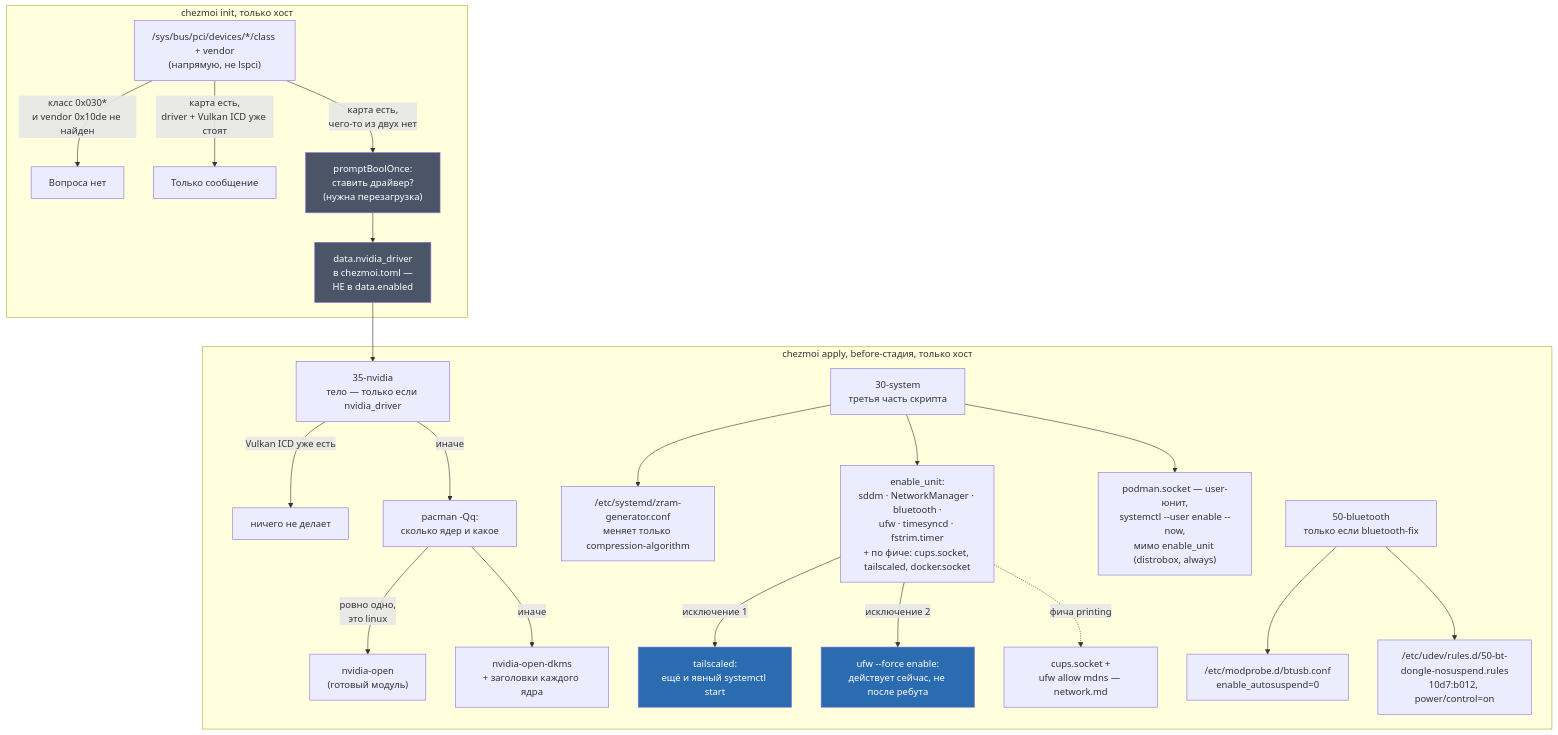
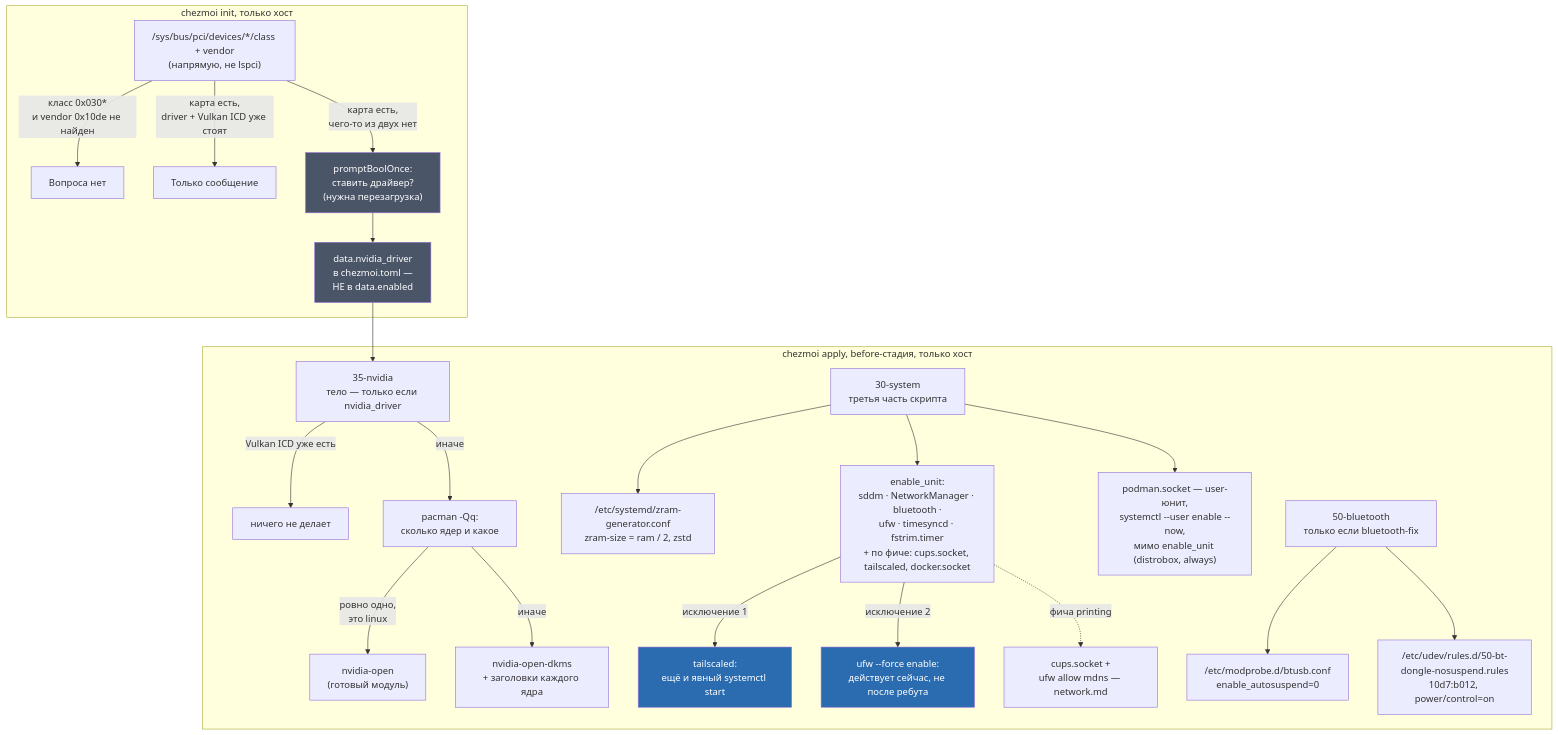
Before and after one commit to stpntkhnv/dotfiles: the diagram in docs/hardware.md, drawn with Mermaid. The commit also changed other lines of this file and 1 other file, not shown here.

Commit message:
zram поднят до ram/2: дефолтных 4 ГиБ дважды не хватило под рабочую нагрузку

````diff
--- a/docs/hardware.md
+++ b/docs/hardware.md
@@ -40,33 +40,33 @@
 ```mermaid
 flowchart TD
     subgraph INIT["chezmoi init, только хост"]
         PCI["/sys/bus/pci/devices/*/class + vendor<br/>(напрямую, не lspci)"]
         PCI -->|"класс 0x030*<br/>и vendor 0x10de не найден"| NOASK["Вопроса нет"]
         PCI -->|"карта есть,<br/>driver + Vulkan ICD уже стоят"| INFOMSG["Только сообщение"]
         PCI -->|"карта есть,<br/>чего-то из двух нет"| ASK["promptBoolOnce:<br/>ставить драйвер?<br/>(нужна перезагрузка)"]
         ASK --> TOML["data.nvidia_driver<br/>в chezmoi.toml —<br/>НЕ в data.enabled"]
     end
 
     TOML --> S35
     subgraph BEFORE["chezmoi apply, before-стадия, только хост"]
         S35["35-nvidia<br/>тело — только если nvidia_driver"] -->|"Vulkan ICD уже есть"| SKIP35["ничего не делает"]
         S35 -->|"иначе"| KCOUNT["pacman -Qq:<br/>сколько ядер и какое"]
         KCOUNT -->|"ровно одно,<br/>это linux"| NOPEN["nvidia-open<br/>(готовый модуль)"]
         KCOUNT -->|"иначе"| NDKMS["nvidia-open-dkms<br/>+ заголовки каждого ядра"]
 
-        S30["30-system<br/>третья часть скрипта"] --> ZCONF["/etc/systemd/zram-generator.conf<br/>меняет только compression-algorithm"]
+        S30["30-system<br/>третья часть скрипта"] --> ZCONF["/etc/systemd/zram-generator.conf<br/>zram-size = ram / 2, zstd"]
         S30 --> SVC["enable_unit:<br/>sddm · NetworkManager · bluetooth ·<br/>ufw · timesyncd · fstrim.timer<br/>+ по фиче: cups.socket, tailscaled, docker.socket"]
         S30 --> PODSOCK["podman.socket — user-юнит,<br/>systemctl --user enable --now,<br/>мимо enable_unit (distrobox, always)"]
         SVC -->|"исключение 1"| TSNOW["tailscaled:<br/>ещё и явный systemctl start"]
         SVC -->|"исключение 2"| UFWNOW["ufw --force enable:<br/>действует сейчас, не после ребута"]
         SVC -.->|"фича printing"| CUPSNOTE["cups.socket +<br/>ufw allow mdns — network.md"]
 
         S50["50-bluetooth<br/>только если bluetooth-fix"] --> MP["/etc/modprobe.d/btusb.conf<br/>enable_autosuspend=0"]
         S50 --> UDEV["/etc/udev/rules.d/50-bt-dongle-nosuspend.rules<br/>10d7:b012, power/control=on"]
     end
 
     style ASK fill:#4a5568,color:#fff
     style TOML fill:#4a5568,color:#fff
     style TSNOW fill:#2b6cb0,color:#fff
     style UFWNOW fill:#2b6cb0,color:#fff
 ```
````
